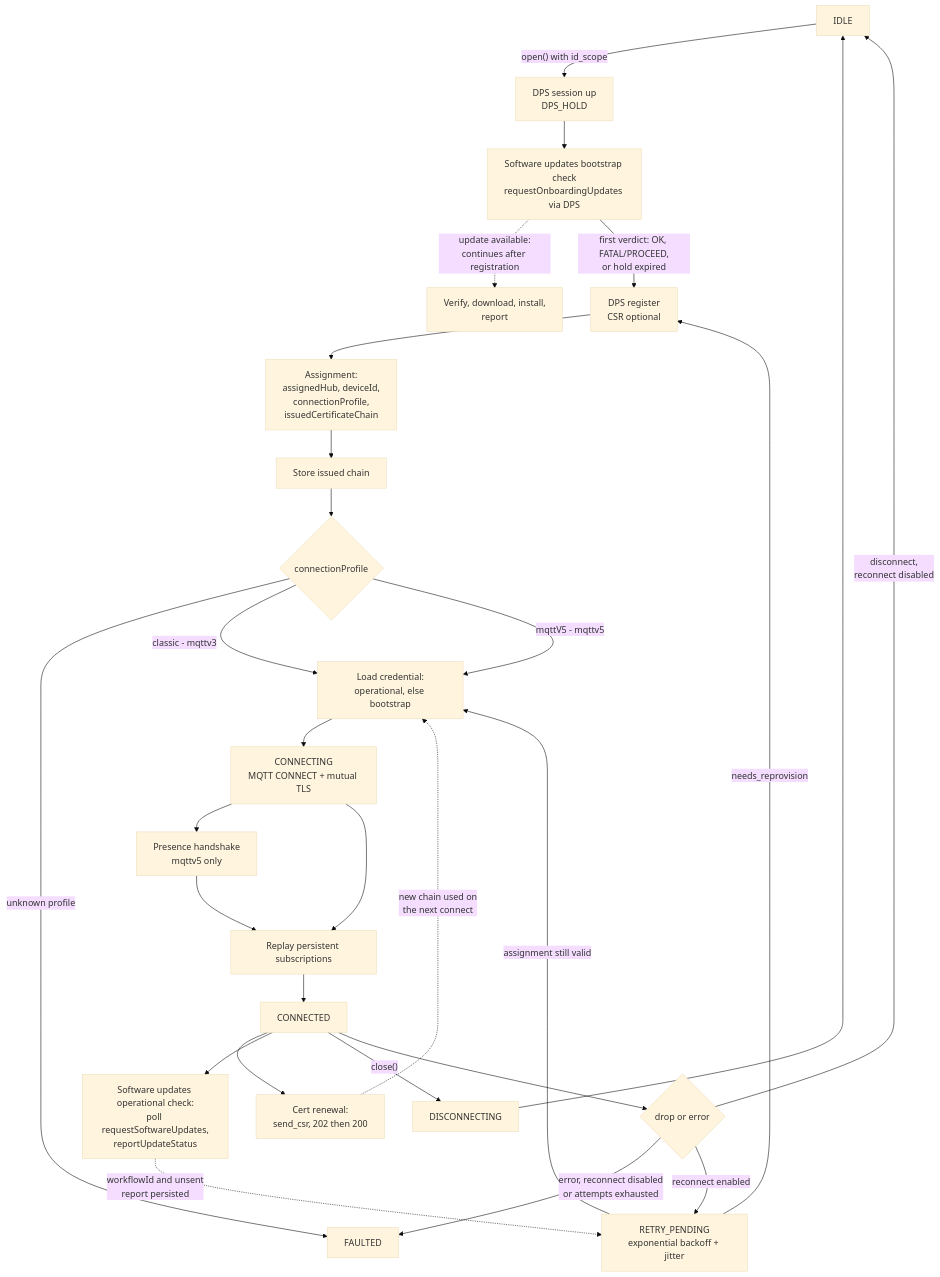
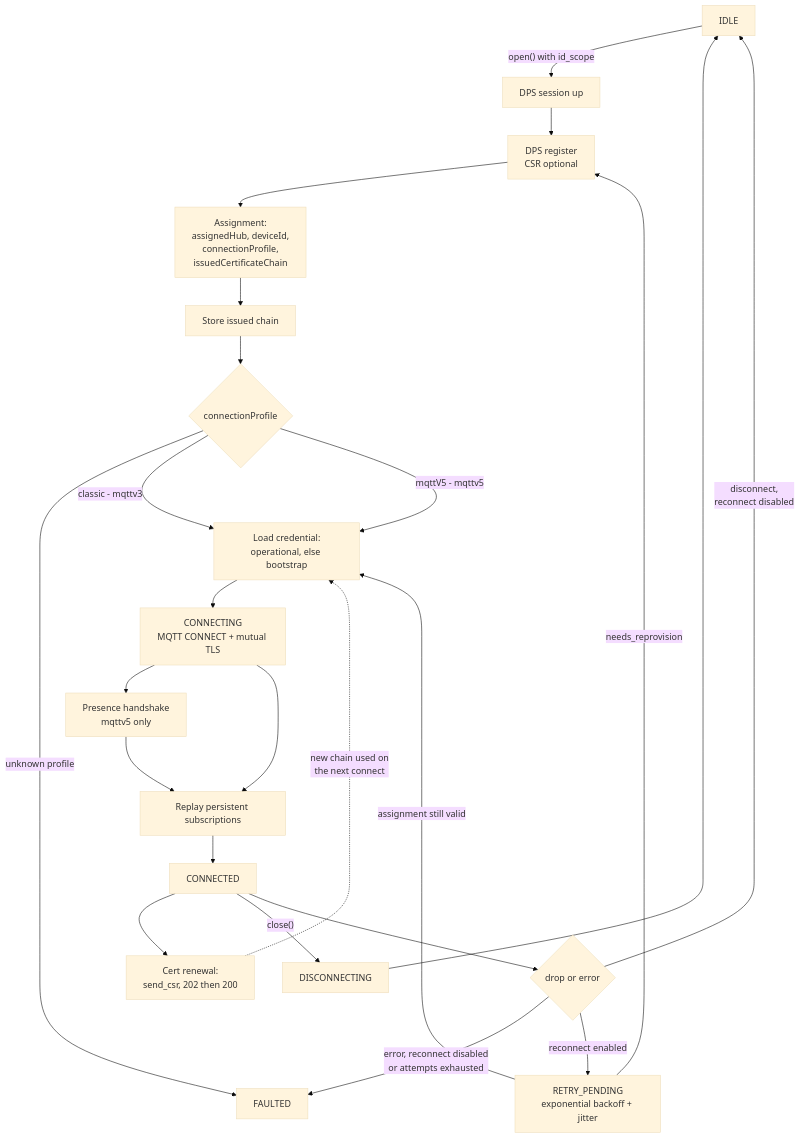
One commit to Azure/azure-iot-sdk changed the seventh of 7 diagrams in c/docs/eng/connection-c.md. Above: the diagram before and after it, drawn with Mermaid (base theme). The commit also changed other lines of this file and 18 other files, not shown here.

````diff
--- a/c/docs/eng/connection-c.md
+++ b/c/docs/eng/connection-c.md
@@ -825,34 +646,30 @@
 ```mermaid
 flowchart TB
-    IDLE["IDLE"] -->|"open() with id_scope"| DSESS["DPS session up<br/>DPS_HOLD"]
-    DSESS --> BCHK["Software updates bootstrap check<br/>requestOnboardingUpdates via DPS"]
-    BCHK -.->|"update available:<br/>continues after registration"| BINST["Verify, download, install,<br/>report"]
-    BCHK -->|"first verdict: OK, FATAL/PROCEED,<br/>or hold expired"| REG["DPS register<br/>CSR optional"]
+    IDLE["IDLE"] -->|"open() with id_scope"| DSESS["DPS session up"]
+    DSESS --> REG["DPS register<br/>CSR optional"]
 
     REG --> ASSIGN["Assignment:<br/>assignedHub, deviceId,<br/>connectionProfile,<br/>issuedCertificateChain"]
     ASSIGN --> STORE1["Store issued chain"]
     STORE1 --> PROFILE{"connectionProfile"}
 
     PROFILE -->|"unknown profile"| FAULTED
     PROFILE -->|"classic - mqttv3"| CRED
     PROFILE -->|"mqttV5 - mqttv5"| CRED["Load credential:<br/>operational, else bootstrap"]
 
     CRED --> CONNECTING["CONNECTING<br/>MQTT CONNECT + mutual TLS"]
     CONNECTING --> BIRTH["Presence handshake<br/>mqttv5 only"]
     BIRTH --> SUBS["Replay persistent subscriptions"]
     CONNECTING --> SUBS
     SUBS --> CONNECTED["CONNECTED"]
 
     CONNECTED --> CRENEW["Cert renewal:<br/>send_csr, 202 then 200"]
     CRENEW -.->|"new chain used on<br/>the next connect"| CRED
-    CONNECTED --> ARENEW["Software updates operational check:<br/>poll requestSoftwareUpdates,<br/>reportUpdateStatus"]
 
     CONNECTED -->|"close()"| DISC["DISCONNECTING"] --> IDLE
     CONNECTED --> DROP{"drop or error"}
     DROP -->|"error, reconnect disabled<br/>or attempts exhausted"| FAULTED["FAULTED"]
     DROP -->|"disconnect,<br/>reconnect disabled"| IDLE
     DROP -->|"reconnect enabled"| RECON["RETRY_PENDING<br/>exponential backoff + jitter"]
     RECON -->|"needs_reprovision"| REG
     RECON -->|"assignment still valid"| CRED
-    ARENEW -.->|"workflowId and unsent<br/>report persisted"| RECON
 ```
````
